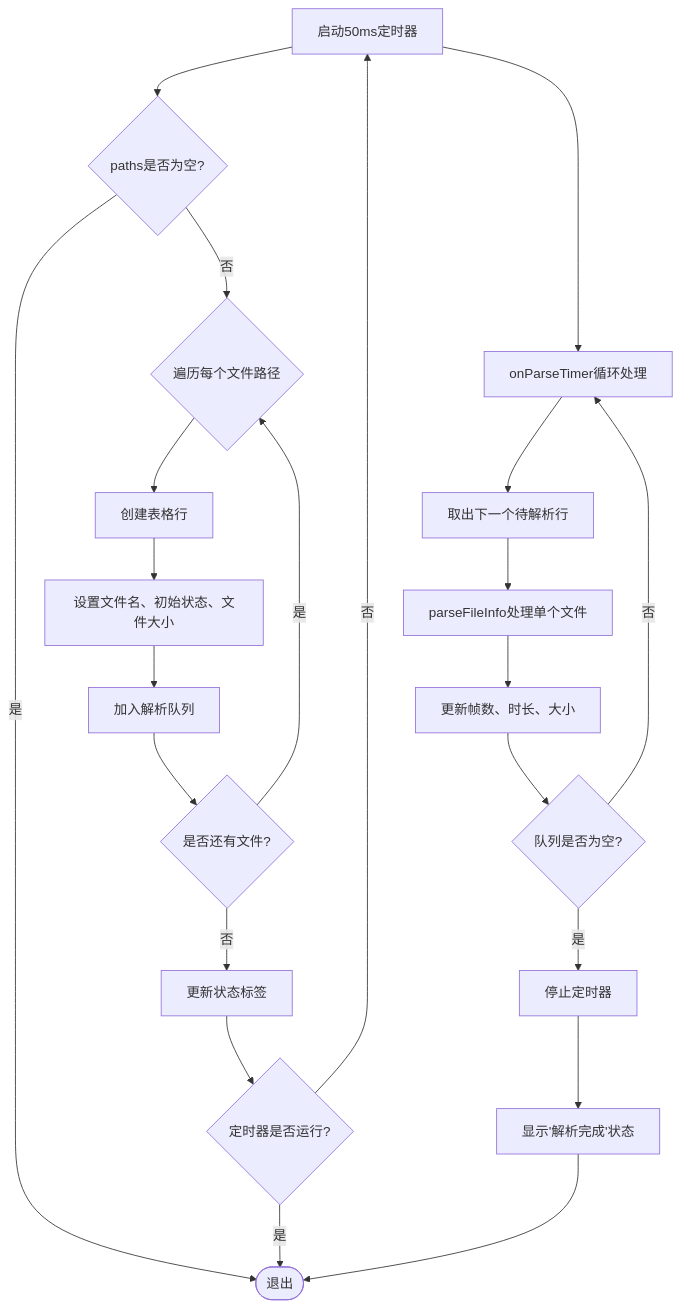
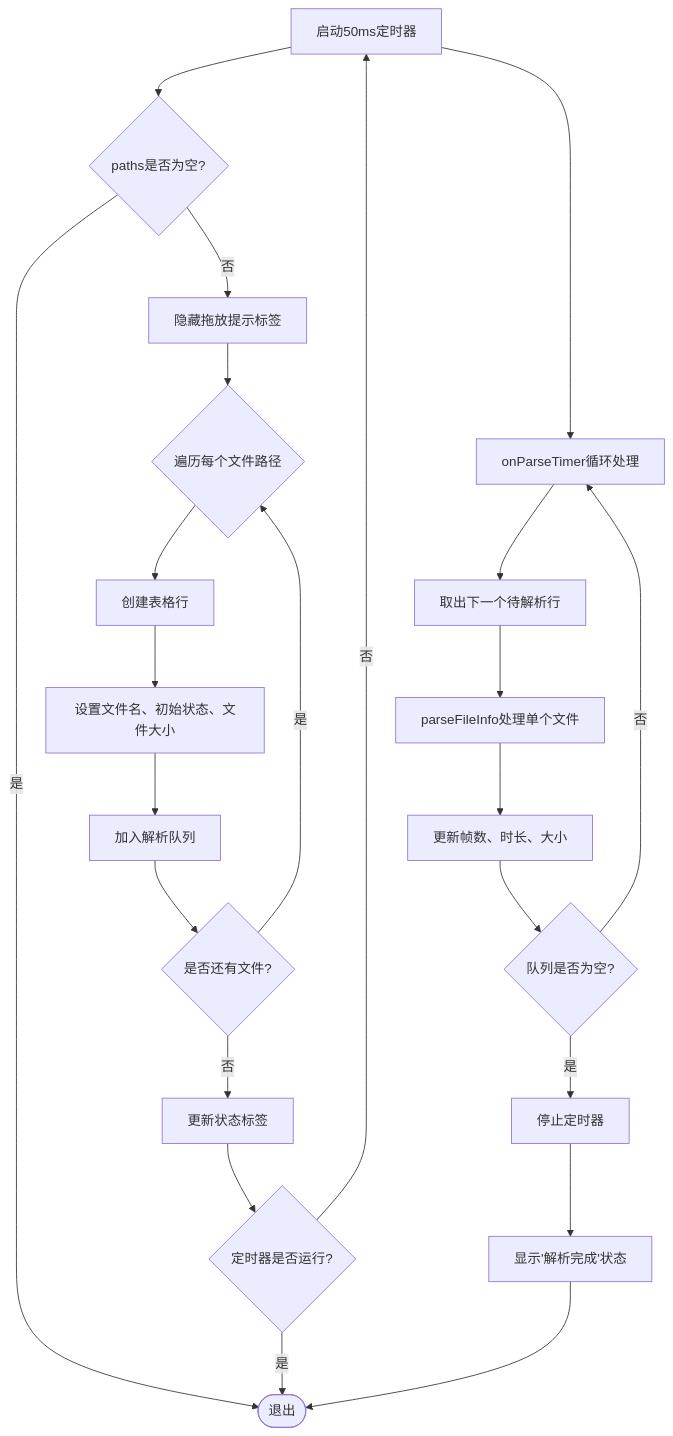
One commit to jakecai1225-design/OpenBus changed the fifth of 6 diagrams in .qoder/repowiki/zh/content/架构设计/UI系统设计/离线分析Tab组件.md. Above: the diagram before and after it, drawn with Mermaid. The commit also changed other lines of this file and 14 other files, not shown here.

````diff
--- a/.qoder/repowiki/zh/content/架构设计/UI系统设计/离线分析Tab组件.md
+++ b/.qoder/repowiki/zh/content/架构设计/UI系统设计/离线分析Tab组件.md
@@ -206,24 +261,25 @@
 ```mermaid
 flowchart TD
 Start(["进入 addFiles"]) --> CheckEmpty{"paths是否为空?"}
 CheckEmpty --> |是| End(["退出"])
-CheckEmpty --> |否| LoopFiles{"遍历每个文件路径"}
+CheckEmpty --> |否| HideHint["隐藏拖放提示标签"]
+HideHint --> LoopFiles{"遍历每个文件路径"}
 LoopFiles --> CreateRow["创建表格行"]
 CreateRow --> SetData["设置文件名、初始状态、文件大小"]
 SetData --> Enqueue["加入解析队列"]
 Enqueue --> NextFile{"是否还有文件?"}
 NextFile --> |是| LoopFiles
 NextFile --> |否| UpdateStatus["更新状态标签"]
 UpdateStatus --> StartTimer{"定时器是否运行?"}
 StartTimer --> |否| Start["启动50ms定时器"]
 StartTimer --> |是| End
 Start --> ParseLoop["onParseTimer循环处理"]
 ParseLoop --> Dequeue["取出下一个待解析行"]
 Dequeue --> ParseOne["parseFileInfo处理单个文件"]
 ParseOne --> UpdateStats["更新帧数、时长、大小"]
 UpdateStats --> CheckQueue{"队列是否为空?"}
 CheckQueue --> |否| ParseLoop
 CheckQueue --> |是| StopTimer["停止定时器"]
 StopTimer --> ShowComplete["显示'解析完成'状态"]
 ShowComplete --> End
 ```
````
